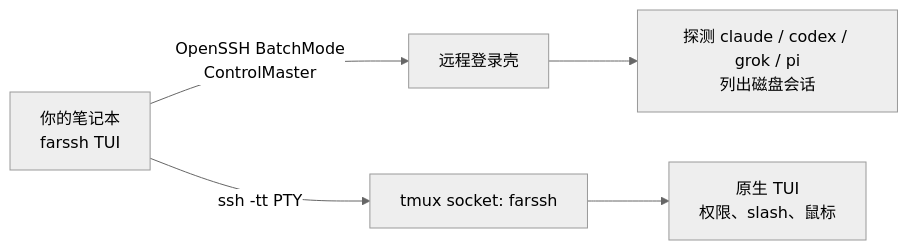
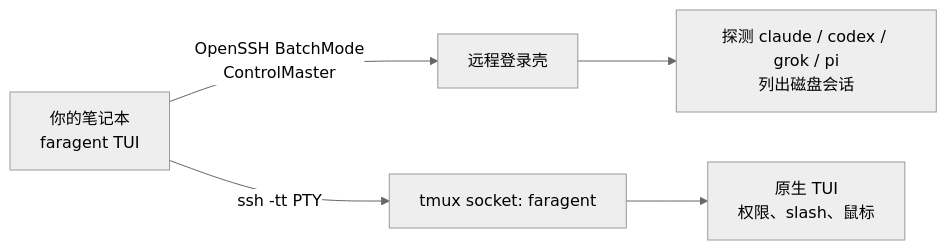
The diagram in README.zh-CN.md (mahingbun-dev/FarAgent), drawn with Mermaid (neutral theme) before and after one commit. The commit also changed other lines of this file and 24 other files, not shown here.

````diff
--- a/README.zh-CN.md
+++ b/README.zh-CN.md
@@ -46,7 +46,7 @@
 ```mermaid
 flowchart LR
-  You[你的笔记本<br/>farssh TUI] -->|OpenSSH BatchMode<br/>ControlMaster| Probe[远程登录壳]
+  You[你的笔记本<br/>faragent TUI] -->|OpenSSH BatchMode<br/>ControlMaster| Probe[远程登录壳]
   Probe --> List[探测 claude / codex / grok / pi<br/>列出磁盘会话]
-  You -->|ssh -tt PTY| Tmux[tmux socket: farssh]
+  You -->|ssh -tt PTY| Tmux[tmux socket: faragent]
   Tmux --> Agent[原生 TUI<br/>权限、slash、鼠标]
 ```
````
